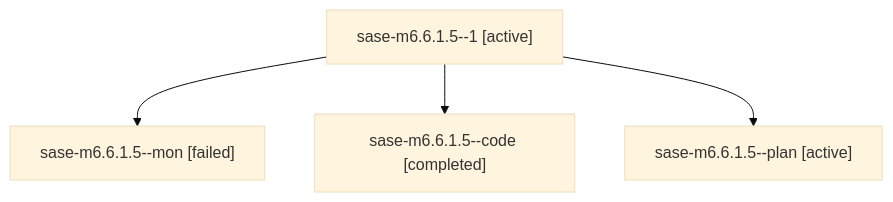
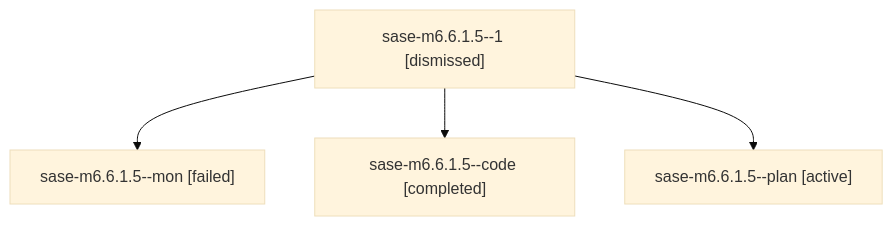
The diagram in sessions/bbugyi200.athena.sase-m6.6.1.5.md (sase-org/sase--agents), drawn with Mermaid (base theme) before and after one commit. The commit also changed other lines of this file and 187 other files, not shown here.

````diff
--- a/sessions/bbugyi200.athena.sase-m6.6.1.5.md
+++ b/sessions/bbugyi200.athena.sase-m6.6.1.5.md
@@ -9,10 +9,10 @@
 ```mermaid
 flowchart TD
-  n0["sase-m6.6.1.5--1 [active]"]
+  n0["sase-m6.6.1.5--1 [dismissed]"]
   n1["sase-m6.6.1.5--mon [failed]"]
   n0 --> n1
   n2["sase-m6.6.1.5--code [completed]"]
   n0 --> n2
   n3["sase-m6.6.1.5--plan [active]"]
   n0 --> n3
 ```
````
